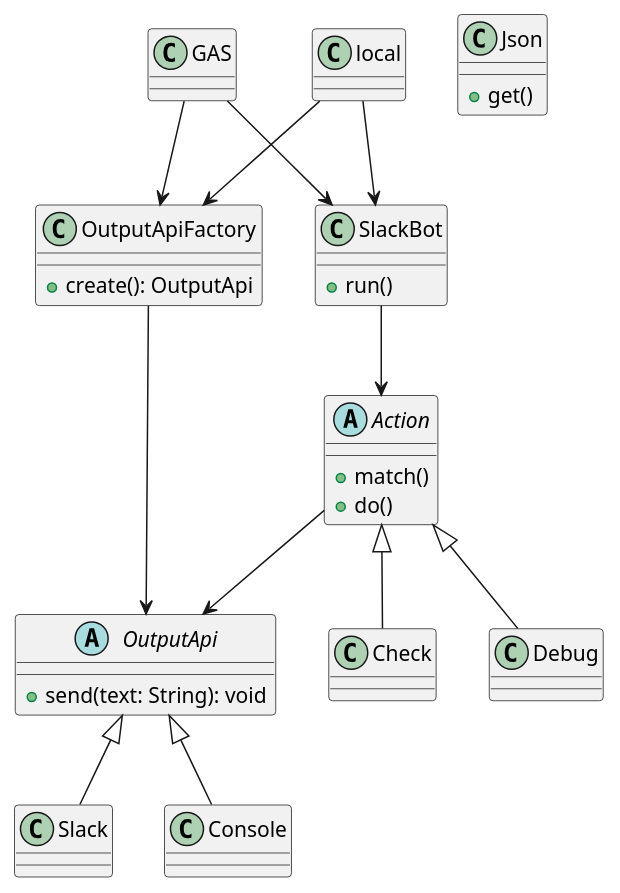
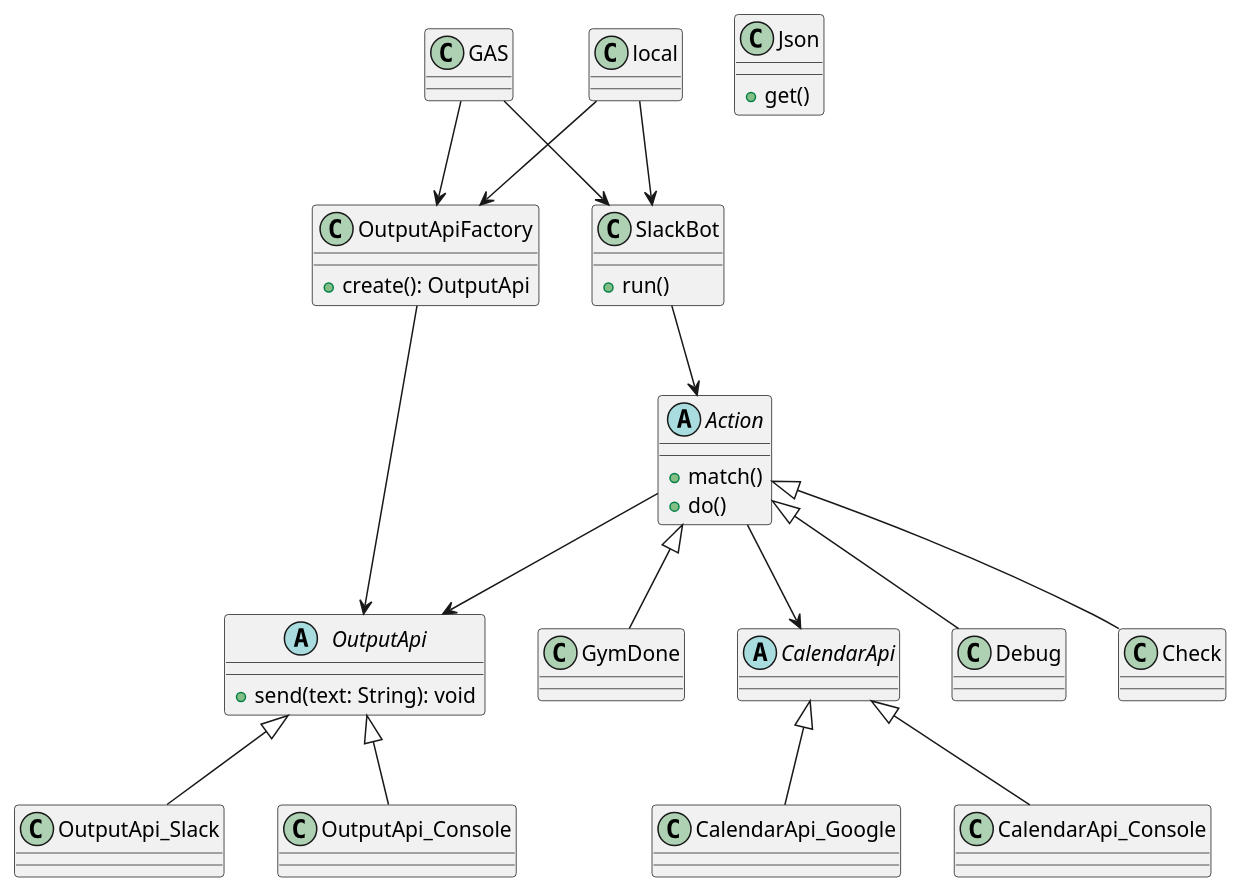
One commit to cajonito/gym_record changed the diagram in doc/class.pu. Above: the diagram before and after it, drawn with PlantUML.

Commit message:
機能を追加するためのクラス設計 #18

```diff
--- a/doc/class.pu
+++ b/doc/class.pu
@@ -1,47 +1,58 @@
 @startuml class
 class GAS {
 }
 
 class local {
 }
 
 
 class OutputApiFactory {
   + create(): OutputApi
 }
 
 abstract OutputApi {
   + send(text: String): void
 }
 
-class Slack
-class Console
+class OutputApi_Slack
+class OutputApi_Console
 
-OutputApi <|-- Slack
-OutputApi <|-- Console
+OutputApi <|-- OutputApi_Slack
+OutputApi <|-- OutputApi_Console
 OutputApiFactory --> OutputApi
+
+abstract CalendarApi
+class CalendarApi_Google
+class CalendarApi_Console
+
+CalendarApi <|-- CalendarApi_Google
+CalendarApi <|-- CalendarApi_Console
+
+
 
 class SlackBot {
   + run()
 }
 
 GAS --> SlackBot
 GAS --> OutputApiFactory
 local --> SlackBot
 local --> OutputApiFactory
 SlackBot --> Action
 Action --> OutputApi
+Action --> CalendarApi
 
 abstract Action {
   + match()
   + do()
 }
 
 Action <|-- Debug
 Action <|-- Check
+Action <|-- GymDone
 
 class Json {
   + get()
 }
 
 @enduml
```
